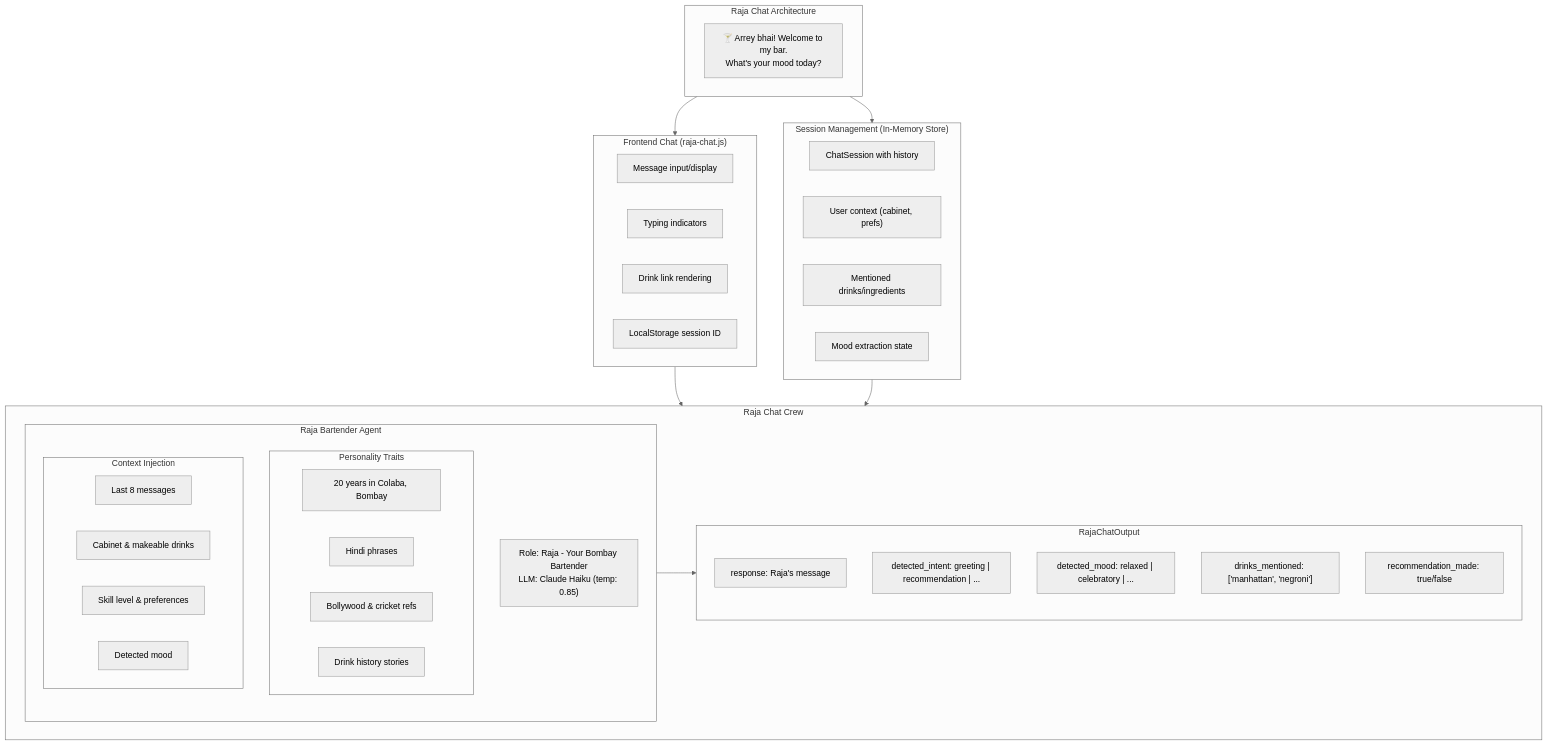
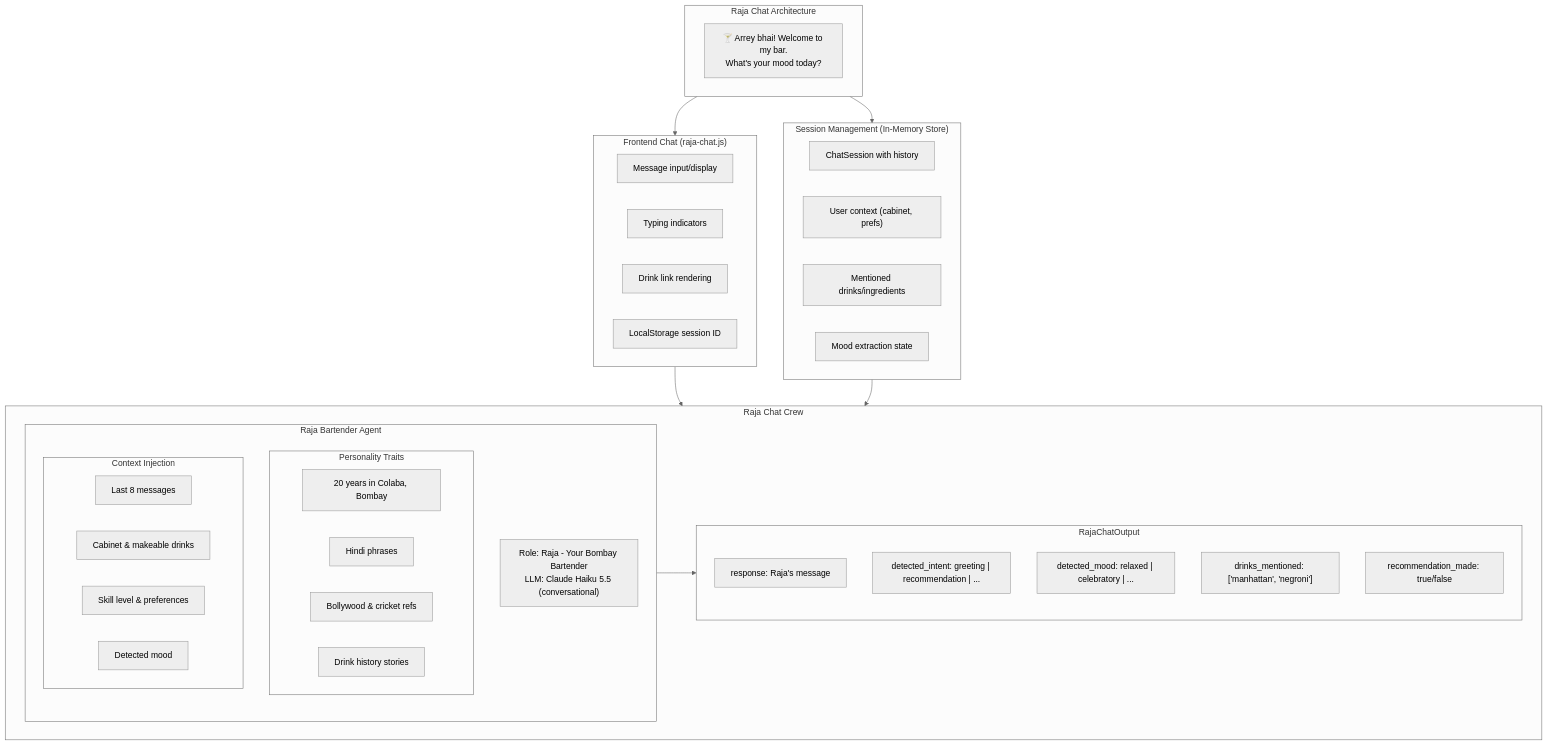
Before and after one commit to darth-dodo/cocktail-cache: the tenth of 10 diagrams in docs/architecture.md, drawn with Mermaid (neutral theme). The commit also changed other lines of this file and 12 other files, not shown here.

Commit message:
fix: move to Claude Haiku 5.5 and stop sending temperature (lands #27 and #30) (#31)

````diff
--- a/docs/architecture.md
+++ b/docs/architecture.md
@@ -1411,54 +1437,54 @@
 ```mermaid
 flowchart TB
     subgraph Header["Raja Chat Architecture"]
         Greeting["🍸 Arrey bhai! Welcome to my bar.<br/>What's your mood today?"]
     end
 
     subgraph Frontend["Frontend Chat (raja-chat.js)"]
         F1["Message input/display"]
         F2["Typing indicators"]
         F3["Drink link rendering"]
         F4["LocalStorage session ID"]
     end
 
     subgraph Session["Session Management (In-Memory Store)"]
         S1["ChatSession with history"]
         S2["User context (cabinet, prefs)"]
         S3["Mentioned drinks/ingredients"]
         S4["Mood extraction state"]
     end
 
     subgraph RajaCrew["Raja Chat Crew"]
         subgraph Agent["Raja Bartender Agent"]
-            Role["Role: Raja - Your Bombay Bartender<br/>LLM: Claude Haiku (temp: 0.85)"]
+            Role["Role: Raja - Your Bombay Bartender<br/>LLM: Claude Haiku 5.5 (conversational)"]
 
             subgraph Personality["Personality Traits"]
                 P1["20 years in Colaba, Bombay"]
                 P2["Hindi phrases"]
                 P3["Bollywood & cricket refs"]
                 P4["Drink history stories"]
             end
 
             subgraph Context["Context Injection"]
                 C1["Last 8 messages"]
                 C2["Cabinet & makeable drinks"]
                 C3["Skill level & preferences"]
                 C4["Detected mood"]
             end
         end
 
         subgraph Output["RajaChatOutput"]
             O1["response: Raja's message"]
             O2["detected_intent: greeting | recommendation | ..."]
             O3["detected_mood: relaxed | celebratory | ..."]
             O4["drinks_mentioned: ['manhattan', 'negroni']"]
             O5["recommendation_made: true/false"]
         end
     end
 
     Header --> Frontend
     Header --> Session
     Frontend --> RajaCrew
     Session --> RajaCrew
     Agent --> Output
 ```
````
